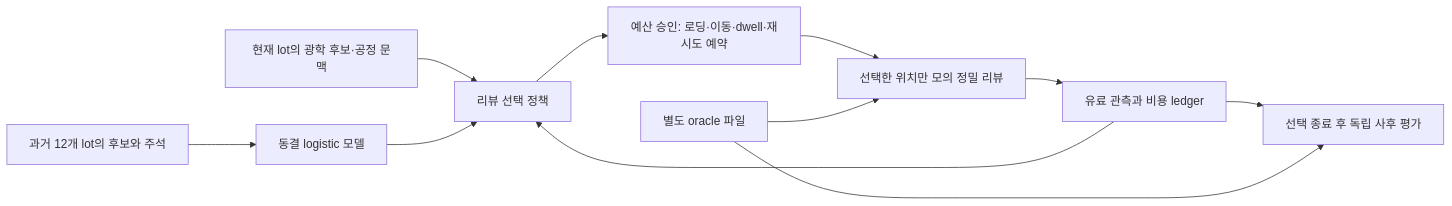
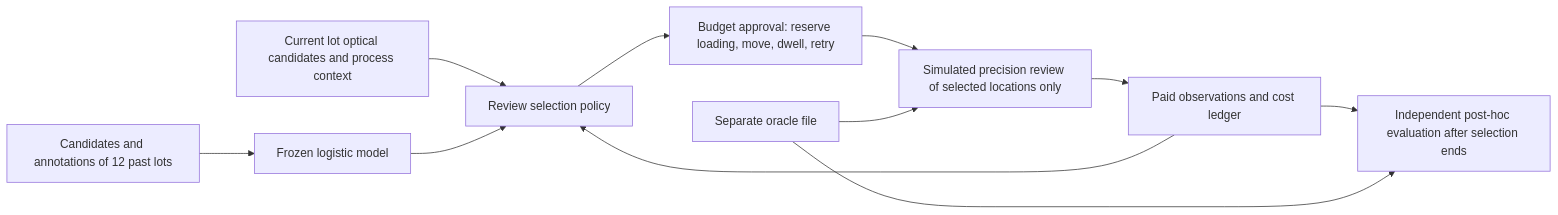
The diagram in INSPECTION_GUIDE.md (Shinick-Han/WaffleBench), drawn with Mermaid before and after one commit. The commit also changed other lines of this file and 48 other files, not shown here.

````diff
--- a/INSPECTION_GUIDE.md
+++ b/INSPECTION_GUIDE.md
@@ -7,13 +7,13 @@
 ```mermaid
 flowchart LR
-    T[과거 12개 lot의 후보와 주석] --> M[동결 logistic 모델]
-    C[현재 lot의 광학 후보·공정 문맥] --> P[리뷰 선택 정책]
+    T[Candidates and annotations of 12 past lots] --> M[Frozen logistic model]
+    C[Current lot optical candidates and process context] --> P[Review selection policy]
     M --> P
-    P --> B[예산 승인: 로딩·이동·dwell·재시도 예약]
-    B --> S[선택한 위치만 모의 정밀 리뷰]
-    S --> E[유료 관측과 비용 ledger]
+    P --> B[Budget approval: reserve loading, move, dwell, retry]
+    B --> S[Simulated precision review of selected locations only]
+    S --> E[Paid observations and cost ledger]
     E --> P
-    E --> A[선택 종료 후 독립 사후 평가]
-    O[별도 oracle 파일] --> S
+    E --> A[Independent post-hoc evaluation after selection ends]
+    O[Separate oracle file] --> S
     O --> A
 ```
````
